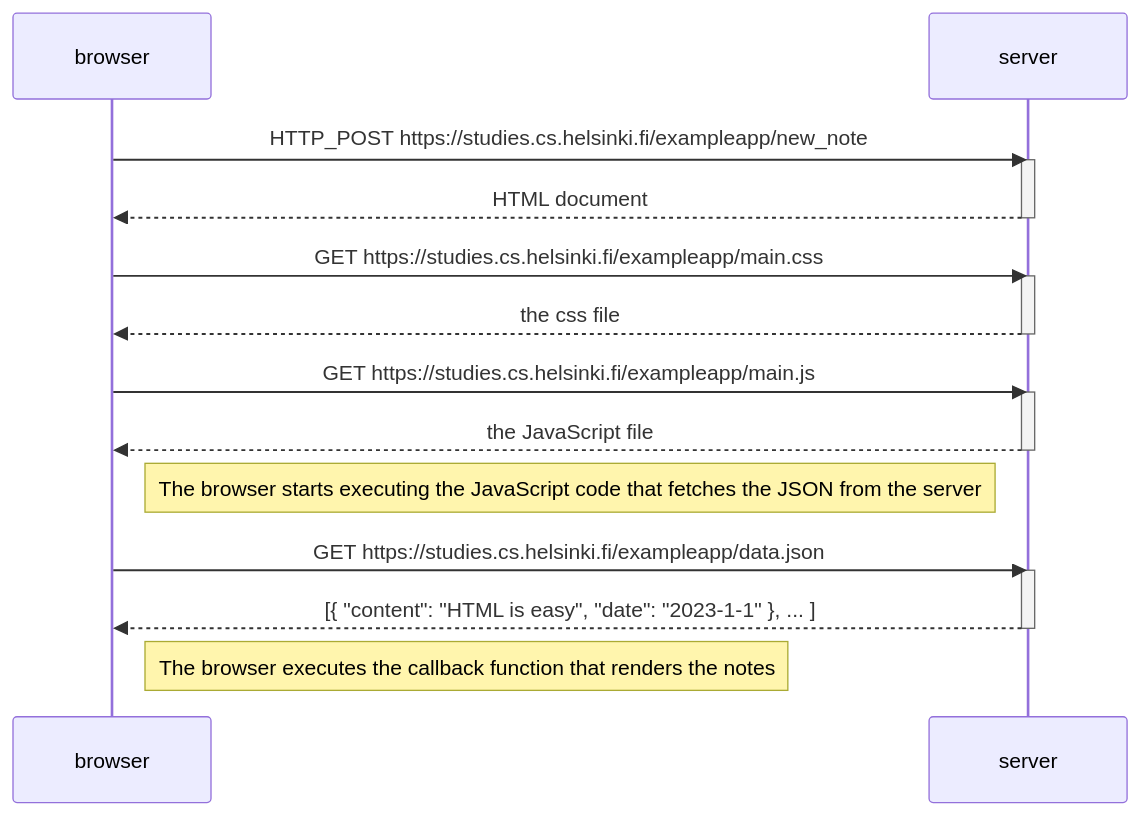
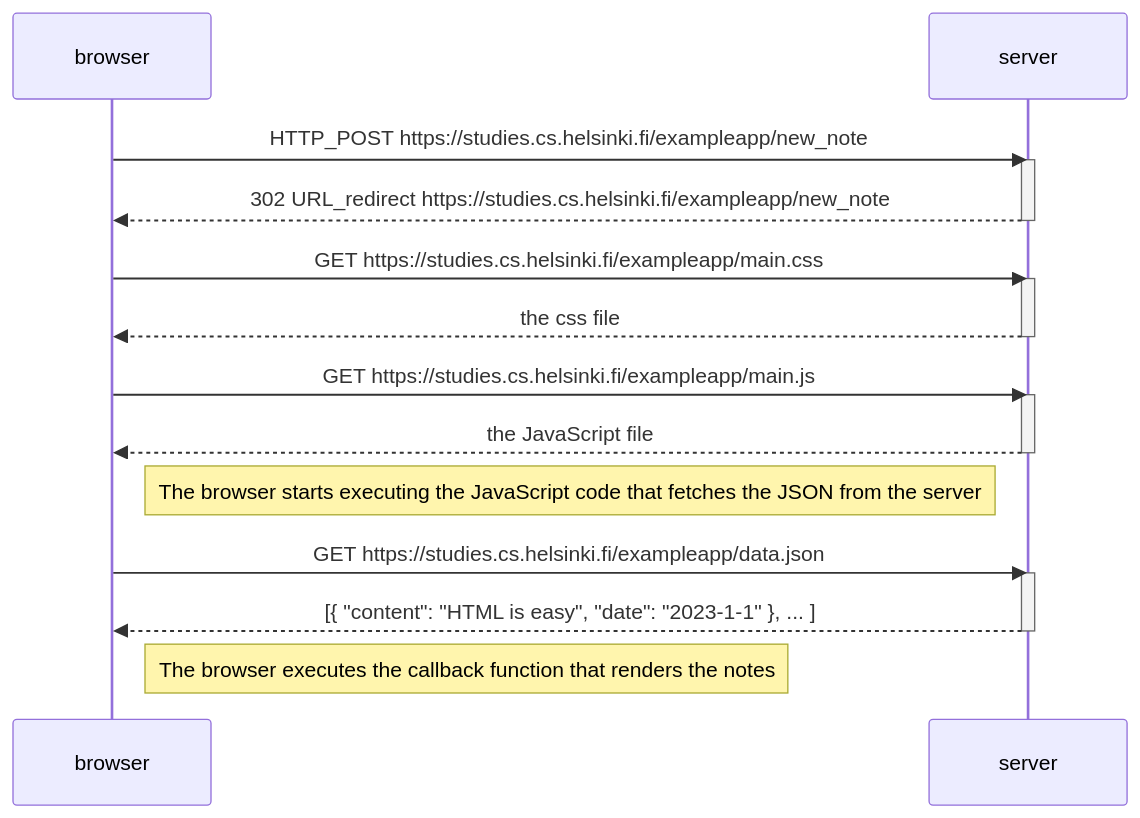
The diagram in Part0/0.4 - New note diagram/readme.md (TomppeliG6-8/fullstack), drawn with Mermaid before and after one commit.

````diff
--- a/Part0/0.4 - New note diagram/readme.md
+++ b/Part0/0.4 - New note diagram/readme.md
@@ -1,29 +1,29 @@
 ```mermaid
 sequenceDiagram
     participant browser
     participant server
 
     browser->>server: HTTP_POST https://studies.cs.helsinki.fi/exampleapp/new_note
     activate server
-    server-->>browser: HTML document
+    server-->>browser: 302 URL_redirect https://studies.cs.helsinki.fi/exampleapp/new_note
     deactivate server
 
     browser->>server: GET https://studies.cs.helsinki.fi/exampleapp/main.css
     activate server
     server-->>browser: the css file
     deactivate server
 
     browser->>server: GET https://studies.cs.helsinki.fi/exampleapp/main.js
     activate server
     server-->>browser: the JavaScript file
     deactivate server
 
     Note right of browser: The browser starts executing the JavaScript code that fetches the JSON from the server
 
     browser->>server: GET https://studies.cs.helsinki.fi/exampleapp/data.json
     activate server
     server-->>browser: [{ "content": "HTML is easy", "date": "2023-1-1" }, ... ]
     deactivate server
 
     Note right of browser: The browser executes the callback function that renders the notes
 ```
````
